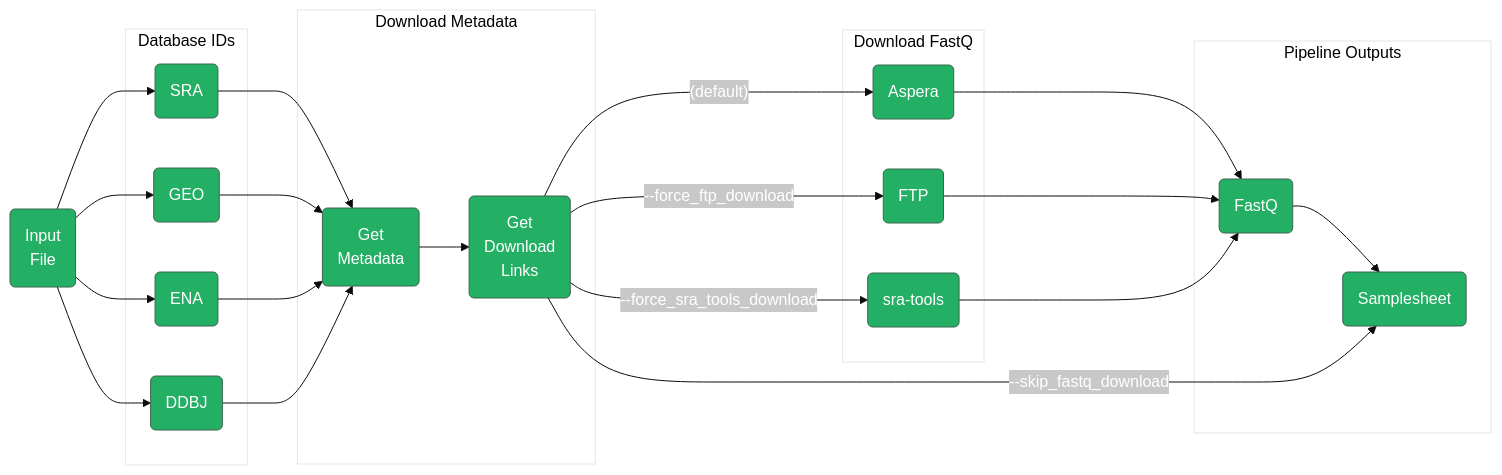
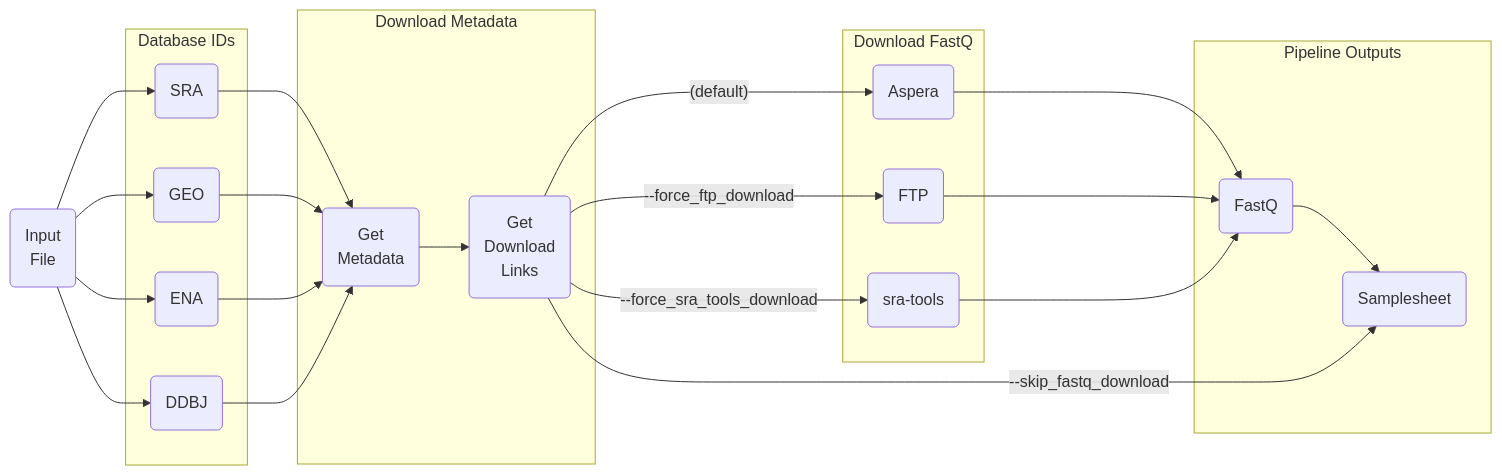
Before and after one commit to nf-core/fetchngs: the diagram in README.md, drawn with Mermaid.

Commit message:
Remove theme stuff because it doesn't work on Github Dark mode

````diff
--- a/README.md
+++ b/README.md
@@ -26,44 +26,29 @@
 ```mermaid
-%%{
-  init: {
-    'theme': 'base',
-    'themeVariables': {
-      'fontFamily': "maven",
-      'primaryColor': '#24B064',
-      'primaryTextColor': '#fff',
-      'secondaryTextColor': '#000000',
-      'secondaryColor': '#BCDDB6',
-      'edgeLabelBackground': '#C8C8C8',
-      'noteTextColor': '#050505',
-      'tertiaryColor': '#fff'
-    }
-  }
-}%%
 flowchart LR
     IDS("Input 
     File") --> SRA & GEO & ENA & DDBJ
     subgraph SG_DBIDS[Database IDs]
       SRA("SRA")
       GEO("GEO")
       ENA("ENA")
       DDBJ("DDBJ")
     end
     subgraph SG_METADATA[Download Metadata]
       SRA & GEO & ENA & DDBJ --> META("Get 
       Metadata")
       META --> LINKS("Get 
       Download
       Links")
     end
     subgraph SG_FETCH_FASTQ[Download FastQ]
       LINKS --> |"(default)"| ASPERA("Aspera")
       LINKS --> |--force_ftp_download| FTP("FTP")
       LINKS --> |--force_sra_tools_download| SRATOOLS("sra-tools")
     end
     subgraph SG_FASTQ[Pipeline Outputs]
       ASPERA & FTP & SRATOOLS --> FASTQ("FastQ")
       FASTQ --> SAMPLESHEET("Samplesheet")
     end
     LINKS --> |--skip_fastq_download| SAMPLESHEET
     
 ```
````
